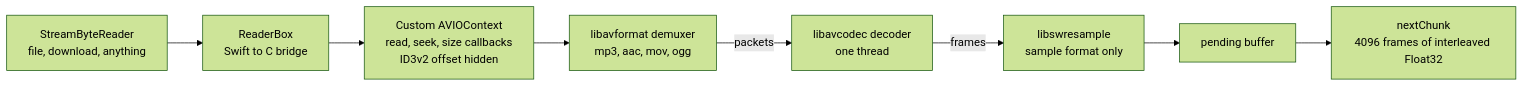
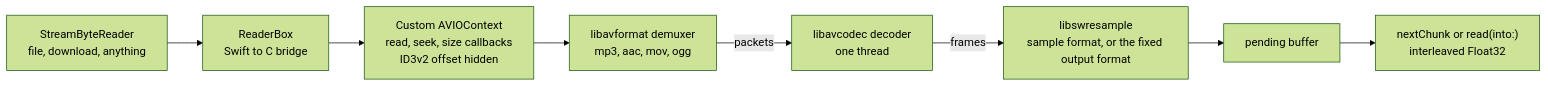
The second of 8 diagrams in docs/architecture.md (timusus/shuttle-playback), drawn with Mermaid (forest theme) before and after one commit. The commit also changed other lines of this file and 6 other files, not shown here.

First line of the commit message:
feat: fixed output format and a buffer-filling read for the stream decoder (#20)

````diff
--- a/docs/architecture.md
+++ b/docs/architecture.md
@@ -59,13 +59,13 @@
 ```mermaid
 flowchart LR
     R["StreamByteReader<br/>file, download, anything"]
     B["ReaderBox<br/>Swift to C bridge"]
     A["Custom AVIOContext<br/>read, seek, size callbacks<br/>ID3v2 offset hidden"]
     D["libavformat demuxer<br/>mp3, aac, mov, ogg"]
     C["libavcodec decoder<br/>one thread"]
-    S["libswresample<br/>sample format only"]
+    S["libswresample<br/>sample format, or the fixed output format"]
     P["pending buffer"]
-    O["nextChunk<br/>4096 frames of interleaved Float32"]
+    O["nextChunk or read(into:)<br/>interleaved Float32"]
 
     R --> B --> A --> D -->|packets| C -->|frames| S --> P --> O
 ```
````
